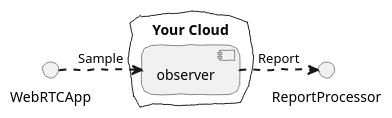
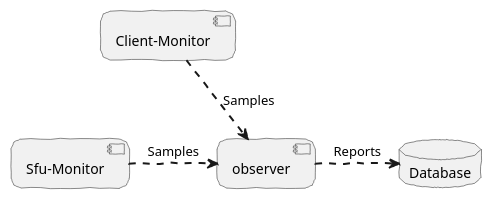
Before and after one commit to ObserveRTC/observer-service: the diagram in docs/plantumls/overview.puml, drawn with PlantUML. The commit also changed 40 other files, not shown here.

```diff
--- a/docs/plantumls/overview.puml
+++ b/docs/plantumls/overview.puml
@@ -1,21 +1,21 @@
 @startuml
 skinparam handwritten true
 skinparam roundcorner 20
 skinparam monochrome true
 skinparam arrowThickness 2
 skinparam BoxPadding 60
 
 
 
-cloud "Your Cloud" #transparent {
-	component observer
-}
-() WebRTCApp as client
-() ReportProcessor as processor
+component observer
+component "Client-Monitor" as client
+component "Sfu-Monitor" as sfu
+database "Database" as database
 
-
-client ..r..> [observer] : Sample
-[observer] ..r..> processor: Report
+client -[hidden]d-> sfu
+sfu ..r..> [observer] : Samples
+client ..r.> [observer] : Samples
+[observer] ..r..> database: Reports
 
 
 @enduml
```
